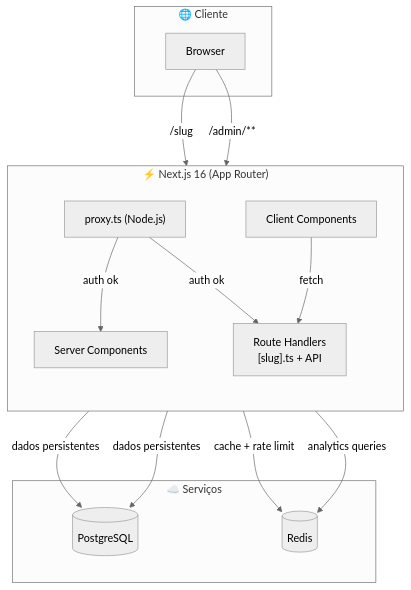
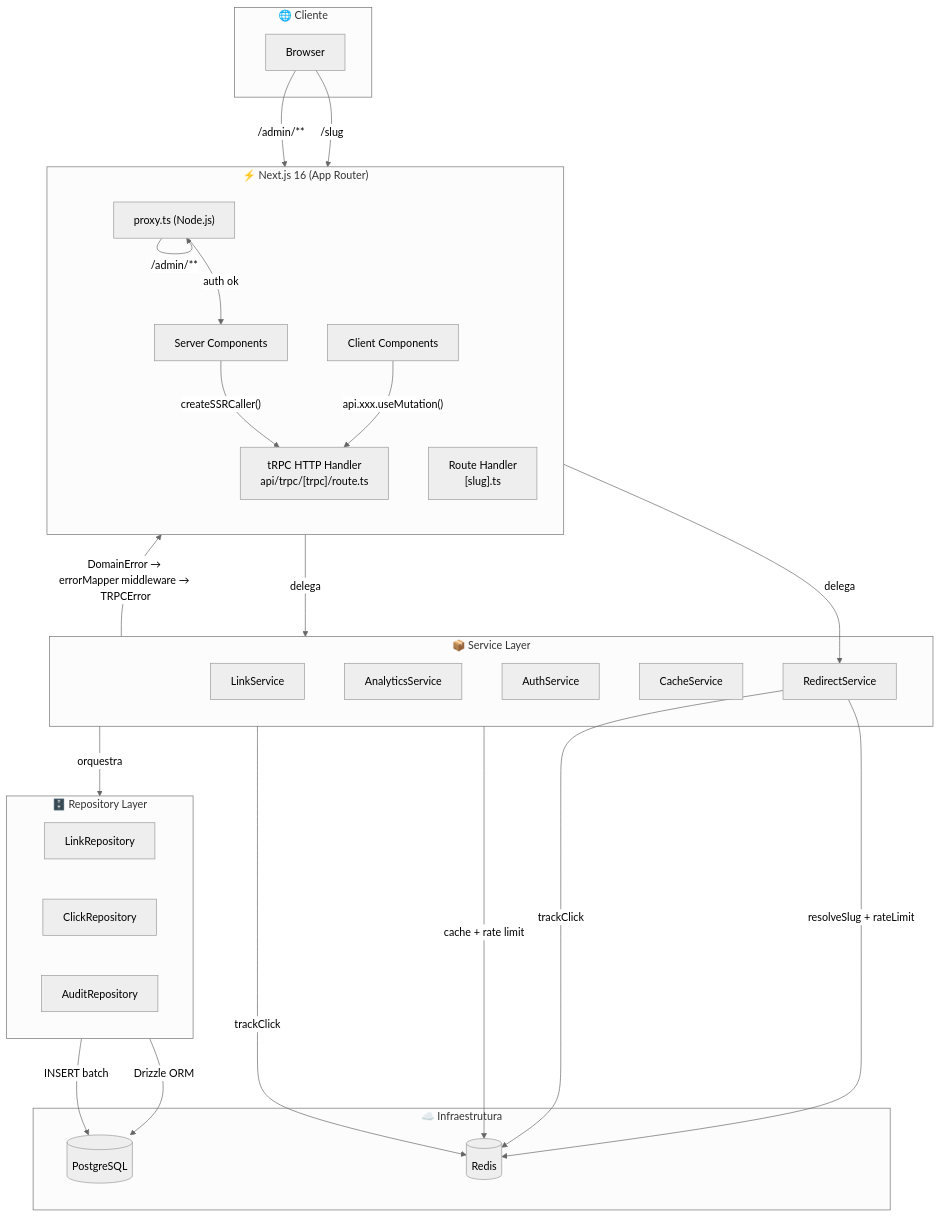
One commit to eduardoaugustolb/encurtador-url changed the first of 2 diagrams in docs/arquitetura.md. Above: the diagram before and after it, drawn with Mermaid (neutral theme). The commit also changed other lines of this file and 79 other files, not shown here.

````diff
--- a/docs/arquitetura.md
+++ b/docs/arquitetura.md
@@ -5,33 +5,58 @@
 ```mermaid
 %%{init: {'flowchart': {'nodeSpacing': 60, 'rankSpacing': 80}}}%%
 graph TB
     subgraph Client["🌐 Cliente"]
         Browser["Browser"]
     end
 
     subgraph NextJS["⚡ Next.js 16 (App Router)"]
         direction TB
         P["proxy.ts (Node.js)"]
-        RH["Route Handlers<br/>[slug].ts + API"]
+        RH["Route Handler<br/>[slug].ts"]
+        tRPC["tRPC HTTP Handler<br/>api/trpc/[trpc]/route.ts"]
         SC["Server Components"]
         CC["Client Components"]
     end
 
-    subgraph Services["☁️ Serviços"]
+    subgraph ServiceLayer["📦 Service Layer"]
+        LS["LinkService"]
+        AS["AnalyticsService"]
+        AuS["AuthService"]
+        CS["CacheService"]
+        RS["RedirectService"]
+    end
+
+    subgraph RepoLayer["🗄️ Repository Layer"]
+        LR["LinkRepository"]
+        CR["ClickRepository"]
+        AR["AuditRepository"]
+    end
+
+    subgraph Infra["☁️ Infraestrutura"]
         PG[("PostgreSQL")]
         REDIS[("Redis")]
     end
 
     Browser -->|"/slug"| RH
     Browser -->|"/admin/**"| P
     P -->|auth ok| SC
-    P -->|auth ok| RH
+    P -->|"/admin/**"| P
 
-    RH -->|dados persistentes| PG
-    RH -->|cache + rate limit| REDIS
+    SC -->|"createSSRCaller()"| tRPC
+    CC -->|"api.xxx.useMutation()"| tRPC
 
-    SC -->|dados persistentes| PG
-    SC -->|analytics queries| REDIS
+    tRPC -->|delega| ServiceLayer
 
-    CC -->|fetch| RH
+    ServiceLayer -->|DomainError → errorMapper middleware → TRPCError| tRPC
+
+    ServiceLayer -->|orquestra| RepoLayer
+    ServiceLayer -->|cache + rate limit| REDIS
+    ServiceLayer -->|trackClick| REDIS
+
+    RH -->|delega| RS
+    RS -->|resolveSlug + rateLimit| REDIS
+    RS -->|trackClick| REDIS
+
+    RepoLayer -->|Drizzle ORM| PG
+    RepoLayer -->|INSERT batch| PG
 ```
````
